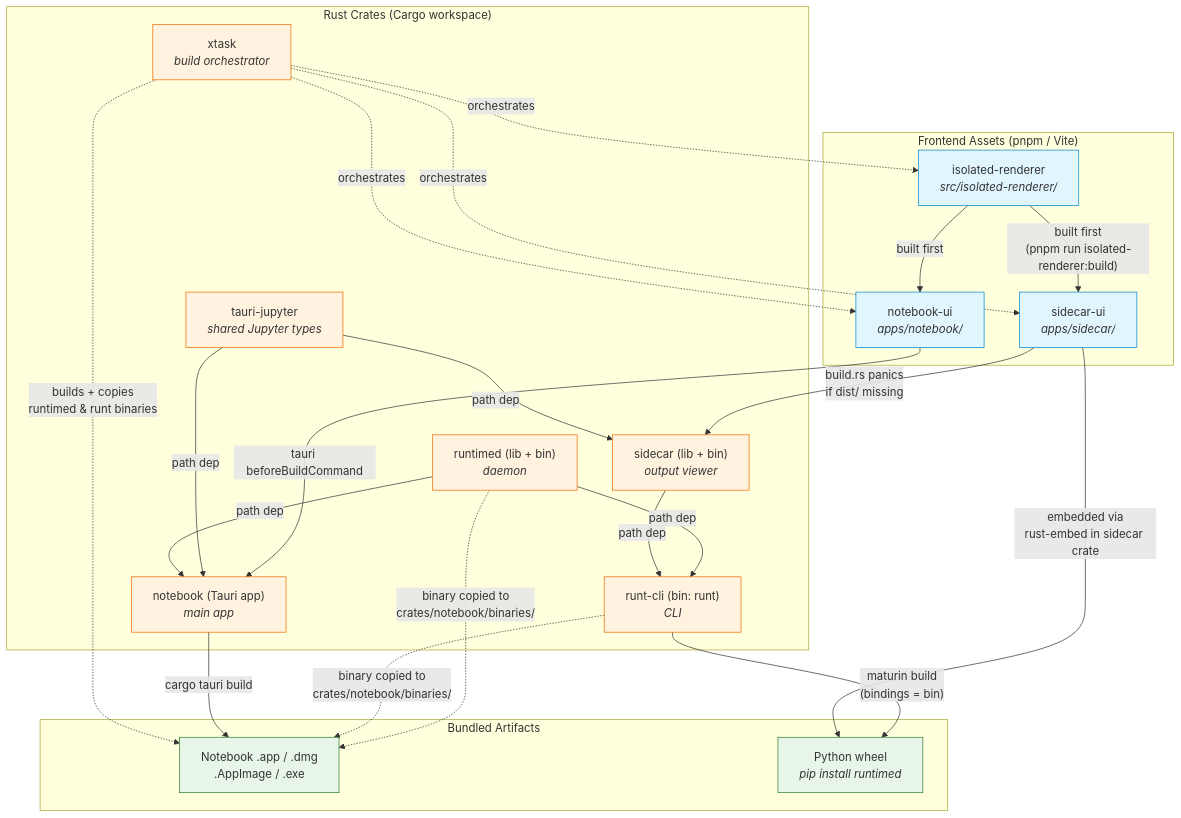
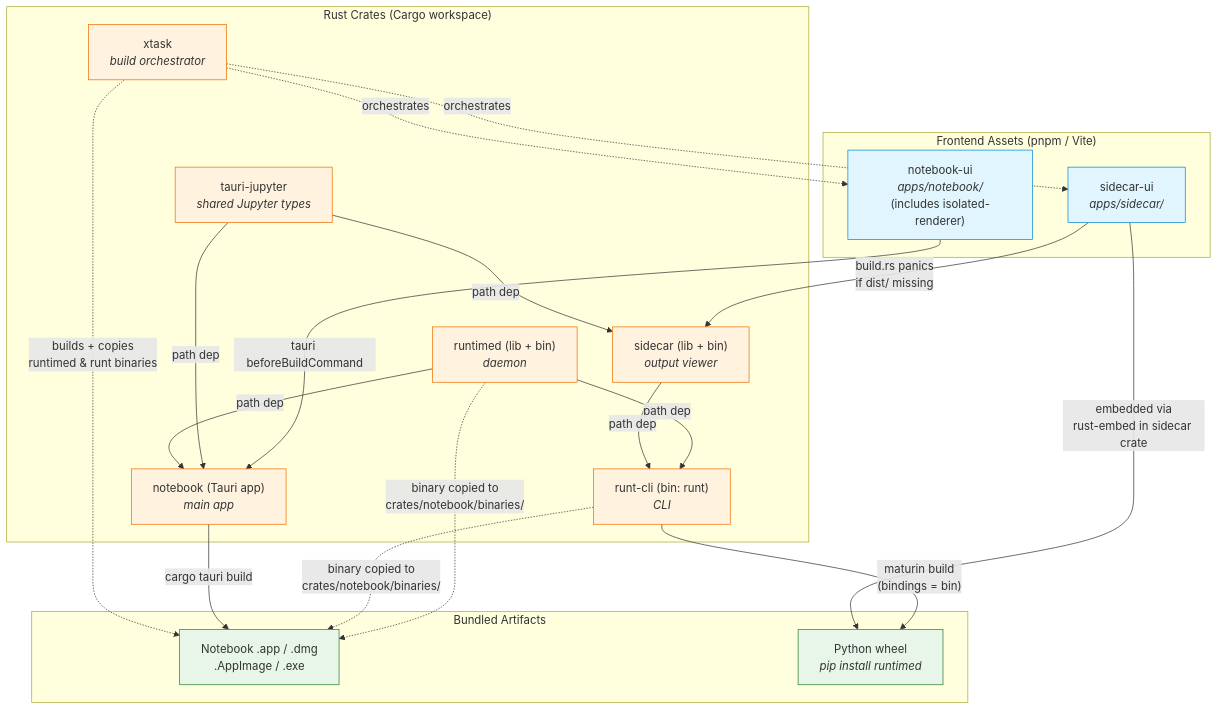
The first of 3 diagrams in contributing/build-dependencies.md (runtimed/runt), drawn with Mermaid before and after one commit. The commit also changed other lines of this file and 61 other files, not shown here.

````diff
--- a/contributing/build-dependencies.md
+++ b/contributing/build-dependencies.md
@@ -15,60 +15,54 @@
 ```mermaid
 graph TD
     subgraph "Frontend Assets (pnpm / Vite)"
-        IR["isolated-renderer<br/><i>src/isolated-renderer/</i>"]
         SUI["sidecar-ui<br/><i>apps/sidecar/</i>"]
-        NUI["notebook-ui<br/><i>apps/notebook/</i>"]
+        NUI["notebook-ui<br/><i>apps/notebook/</i><br/>(includes isolated-renderer)"]
     end
 
     subgraph "Rust Crates (Cargo workspace)"
         TJ["tauri-jupyter<br/><i>shared Jupyter types</i>"]
         RD["runtimed (lib + bin)<br/><i>daemon</i>"]
         SC["sidecar (lib + bin)<br/><i>output viewer</i>"]
         RC["runt-cli (bin: runt)<br/><i>CLI</i>"]
         NB["notebook (Tauri app)<br/><i>main app</i>"]
         XT["xtask<br/><i>build orchestrator</i>"]
     end
 
     subgraph "Bundled Artifacts"
         APP["Notebook .app / .dmg<br/>.AppImage / .exe"]
         PY["Python wheel<br/><i>pip install runtimed</i>"]
     end
-
-    %% Frontend build order
-    IR -->|"built first<br/>(pnpm run isolated-renderer:build)"| SUI
-    IR -->|"built first"| NUI
 
     %% Frontend → Rust compile-time dependencies
     SUI -->|"build.rs panics<br/>if dist/ missing"| SC
     NUI -->|"tauri beforeBuildCommand"| NB
 
     %% Rust crate dependencies (path deps in Cargo.toml)
     TJ -->|"path dep"| SC
     TJ -->|"path dep"| NB
     RD -->|"path dep"| NB
     RD -->|"path dep"| RC
     SC -->|"path dep"| RC
 
     %% External binary bundling (not a Cargo dep — a Tauri bundle dep)
     RD -.->|"binary copied to<br/>crates/notebook/binaries/"| APP
     RC -.->|"binary copied to<br/>crates/notebook/binaries/"| APP
     NB -->|"cargo tauri build"| APP
 
     %% Python package
     RC -->|"maturin build<br/>(bindings = bin)"| PY
     SUI -->|"embedded via<br/>rust-embed in sidecar crate"| PY
 
     %% xtask orchestrates everything
-    XT -.->|"orchestrates"| IR
     XT -.->|"orchestrates"| SUI
     XT -.->|"orchestrates"| NUI
     XT -.->|"builds + copies<br/>runtimed & runt binaries"| APP
 
     classDef frontend fill:#e1f5fe,stroke:#0288d1
     classDef rust fill:#fff3e0,stroke:#ef6c00
     classDef artifact fill:#e8f5e9,stroke:#2e7d32
 
-    class IR,SUI,NUI frontend
+    class SUI,NUI frontend
     class TJ,RD,SC,RC,NB,XT rust
     class APP,PY artifact
 ```
````
